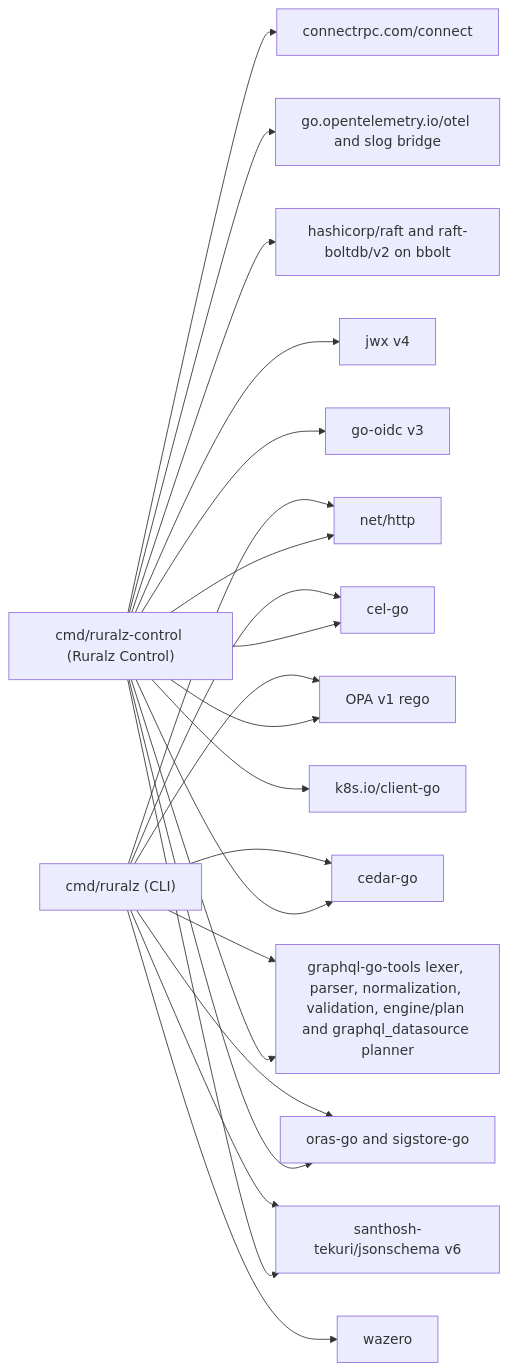
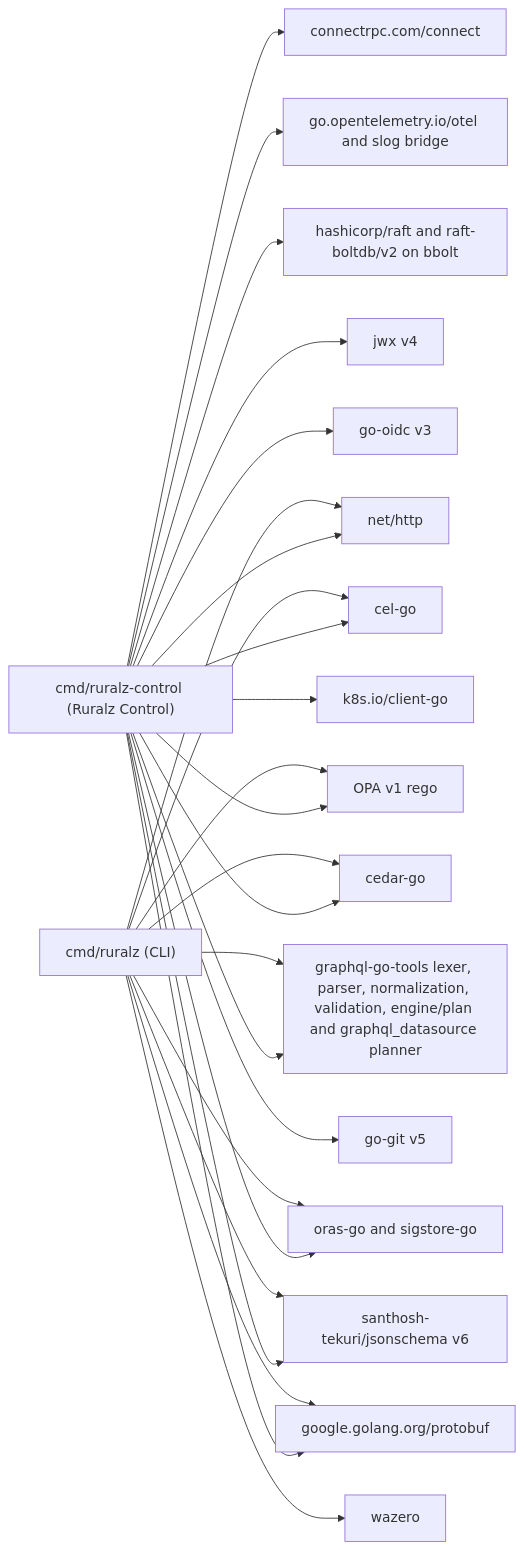
Before and after one commit to ravindu-rev/ruralz: the second of 3 diagrams in docs/engineering/01-tech-stack-and-libraries.md, drawn with Mermaid. The commit also changed other lines of this file and 7 other files, not shown here.

````diff
--- a/docs/engineering/01-tech-stack-and-libraries.md
+++ b/docs/engineering/01-tech-stack-and-libraries.md
@@ -159,40 +172,45 @@
 ```mermaid
 flowchart LR
   cp["cmd/ruralz-control (Ruralz Control)"]
   cli["cmd/ruralz (CLI)"]
   http["net/http"]
   connect["connectrpc.com/connect"]
   otel["go.opentelemetry.io/otel and slog bridge"]
   raft["hashicorp/raft and raft-boltdb/v2 on bbolt"]
   jwx["jwx v4"]
   oidc["go-oidc v3"]
   cel["cel-go"]
   opa["OPA v1 rego"]
   cedar["cedar-go"]
   gqlv["graphql-go-tools lexer, parser, normalization, validation, engine/plan and graphql_datasource planner"]
   wazero["wazero"]
   oras["oras-go and sigstore-go"]
   k8s["k8s.io/client-go"]
   jss["santhosh-tekuri/jsonschema v6"]
+  pb["google.golang.org/protobuf"]
+  git["go-git v5"]
   cp --> http
   cp --> connect
   cp --> otel
   cp --> raft
   cp --> jwx
   cp --> oidc
   cp --> cel
   cp --> opa
   cp --> cedar
   cp --> gqlv
   cp --> oras
   cp --> k8s
   cli --> http
   cli --> cel
   cli --> opa
   cli --> cedar
   cli --> gqlv
   cli --> wazero
   cli --> oras
   cp --> jss
   cli --> jss
+  cp --> pb
+  cli --> pb
+  cp --> git
 ```
````
